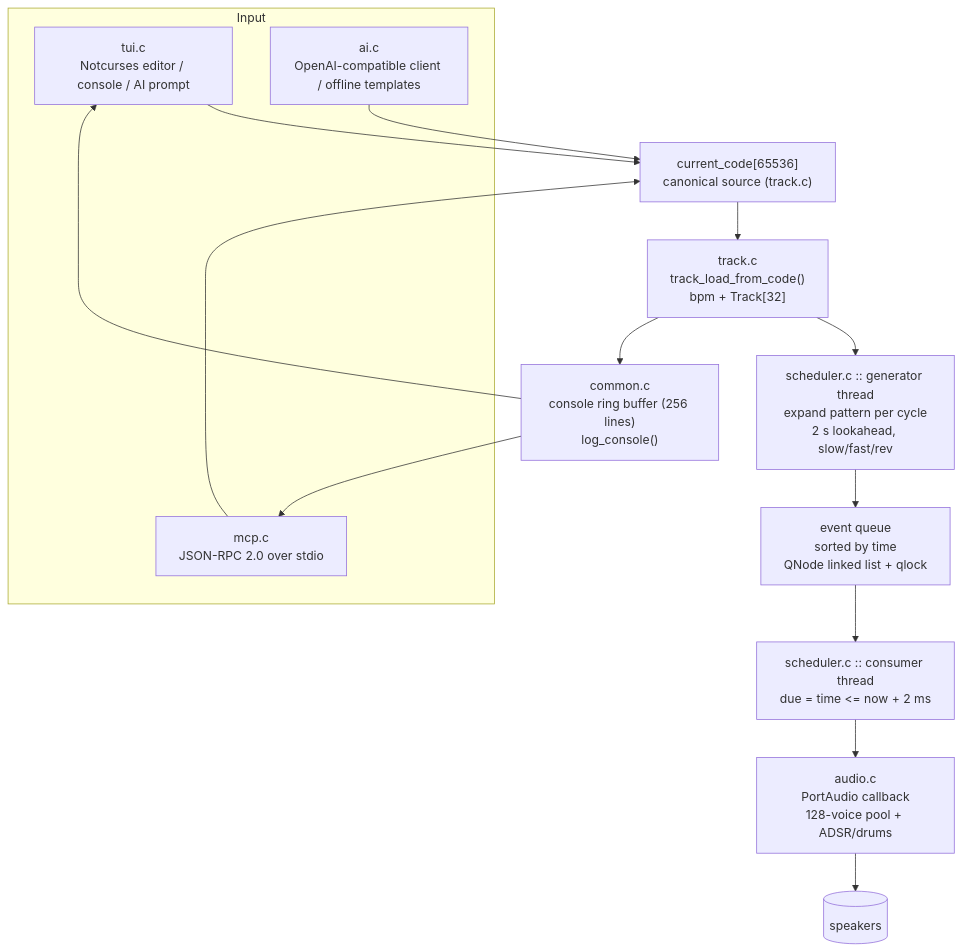
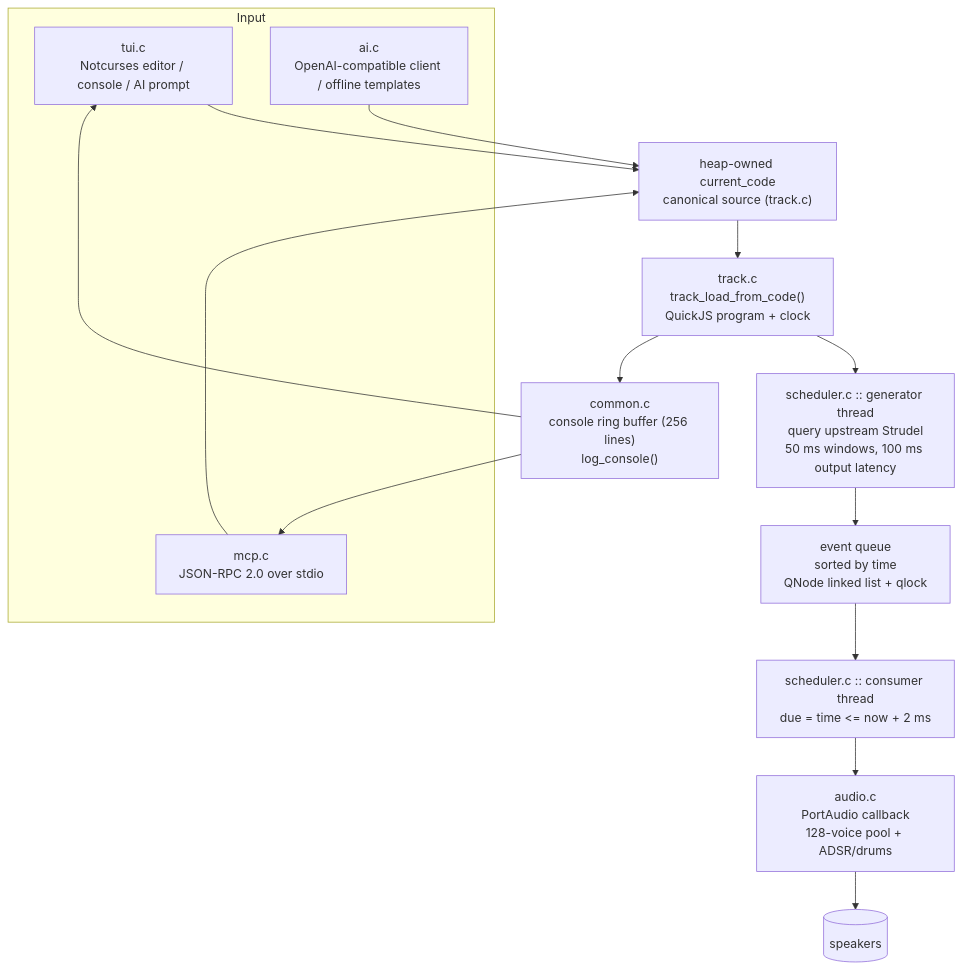
Before and after one commit to ekollof/tompouce: the diagram in docs/architecture.md, drawn with Mermaid. The commit also changed other lines of this file and 38 other files, not shown here.

````diff
--- a/docs/architecture.md
+++ b/docs/architecture.md
@@ -29,21 +28,21 @@
 ```mermaid
 flowchart TB
     subgraph Input
         UI["tui.c<br/>Notcurses editor / console / AI prompt"]
         MCP["mcp.c<br/>JSON-RPC 2.0 over stdio"]
         AI["ai.c<br/>OpenAI-compatible client / offline templates"]
     end
-    CODE["current_code[65536]<br/>canonical source (track.c)"]
+    CODE["heap-owned current_code<br/>canonical source (track.c)"]
     UI --> CODE
     MCP --> CODE
     AI --> CODE
-    CODE --> TRK["track.c<br/>track_load_from_code()<br/>bpm + Track[32]"]
-    TRK --> GEN["scheduler.c :: generator thread<br/>expand pattern per cycle<br/>2 s lookahead, slow/fast/rev"]
+    CODE --> TRK["track.c<br/>track_load_from_code()<br/>QuickJS program + clock"]
+    TRK --> GEN["scheduler.c :: generator thread<br/>query upstream Strudel<br/>50 ms windows, 100 ms output latency"]
     GEN --> Q["event queue<br/>sorted by time<br/>QNode linked list + qlock"]
     Q --> CONS["scheduler.c :: consumer thread<br/>due = time <= now + 2 ms"]
     CONS --> ENG["audio.c<br/>PortAudio callback<br/>128-voice pool + ADSR/drums"]
     ENG --> OUT[("speakers")]
     TRK --> LOG["common.c<br/>console ring buffer (256 lines)<br/>log_console()"]
     LOG --> UI
     LOG --> MCP
 ```
````
